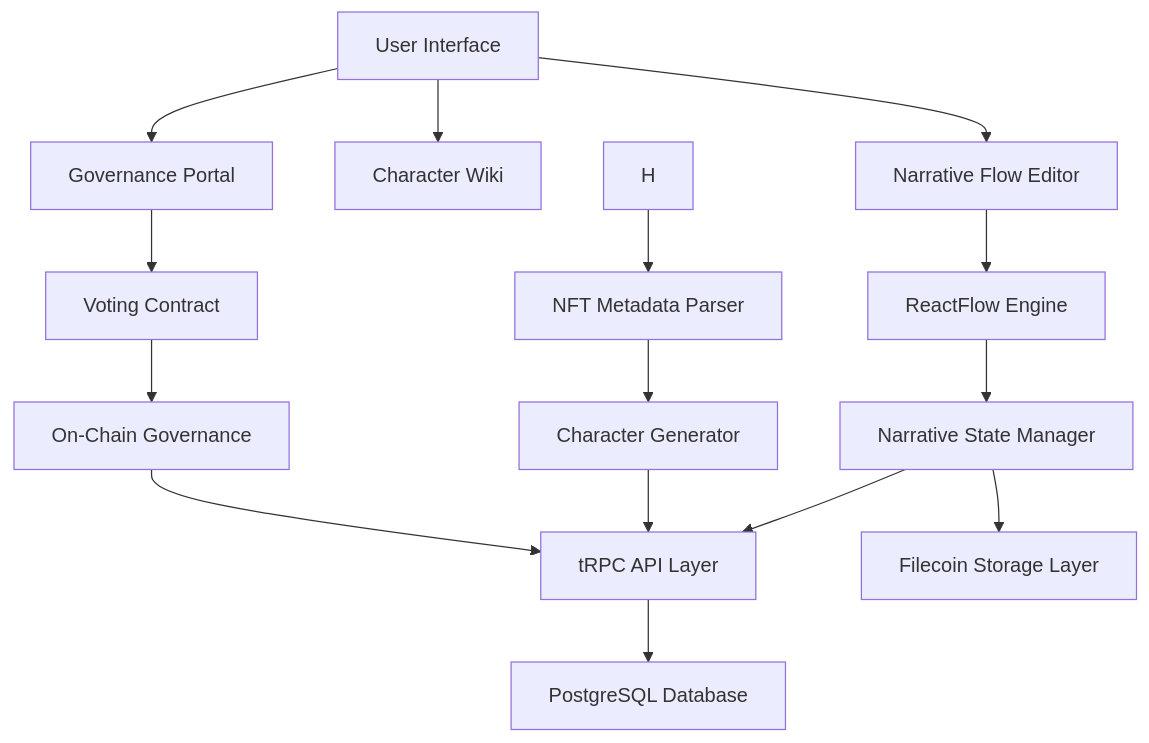
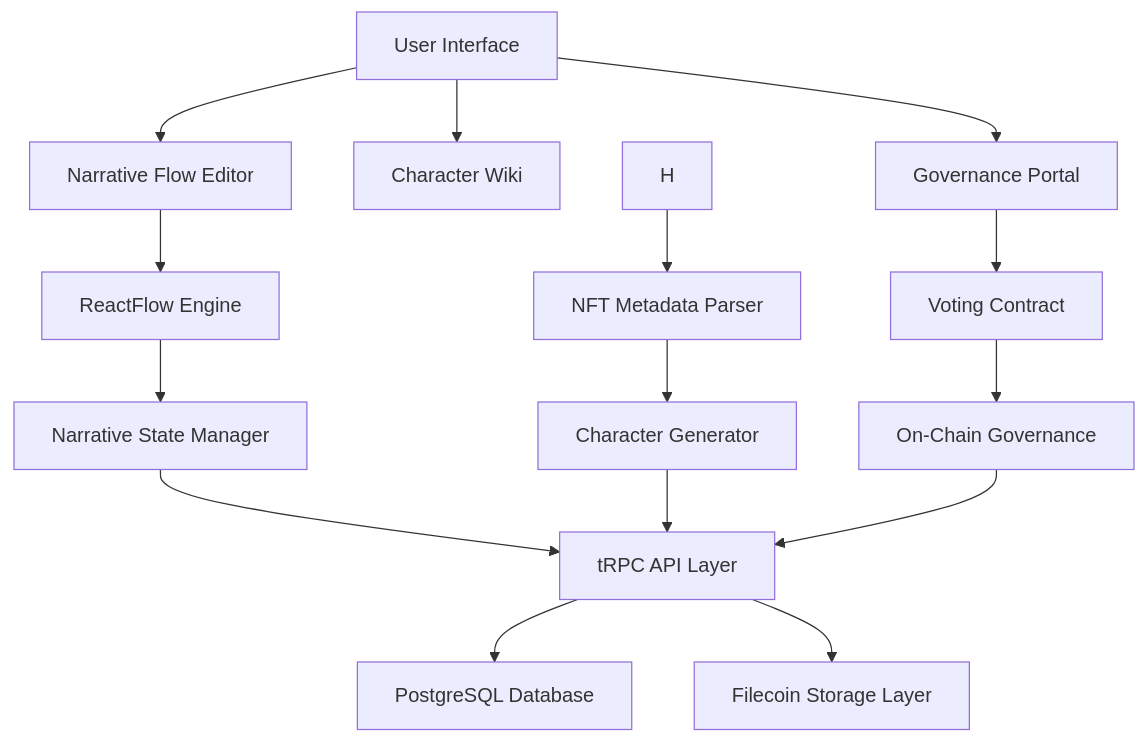
The diagram in README.md (Principursa/loar-monorepo), drawn with Mermaid before and after one commit.

Commit message:
updated again

````diff
--- a/README.md
+++ b/README.md
@@ -206,22 +206,22 @@
 ```mermaid
 graph TD
     A[User Interface] --> B[Narrative Flow Editor]
     A --> C[Character Wiki]
     A --> D[Governance Portal]
     
     B --> E[ReactFlow Engine]
     E --> F[Narrative State Manager]
     F --> G[tRPC API Layer]
     
     H --> I[NFT Metadata Parser]
     I --> J[Character Generator]
     J --> G
     
     D --> K[Voting Contract]
     K --> L[On-Chain Governance]
     L --> G
     
     G --> M[PostgreSQL Database]
-    F --> P[Filecoin Storage Layer]
+    G --> N[Filecoin Storage Layer]
     
 ```
````
